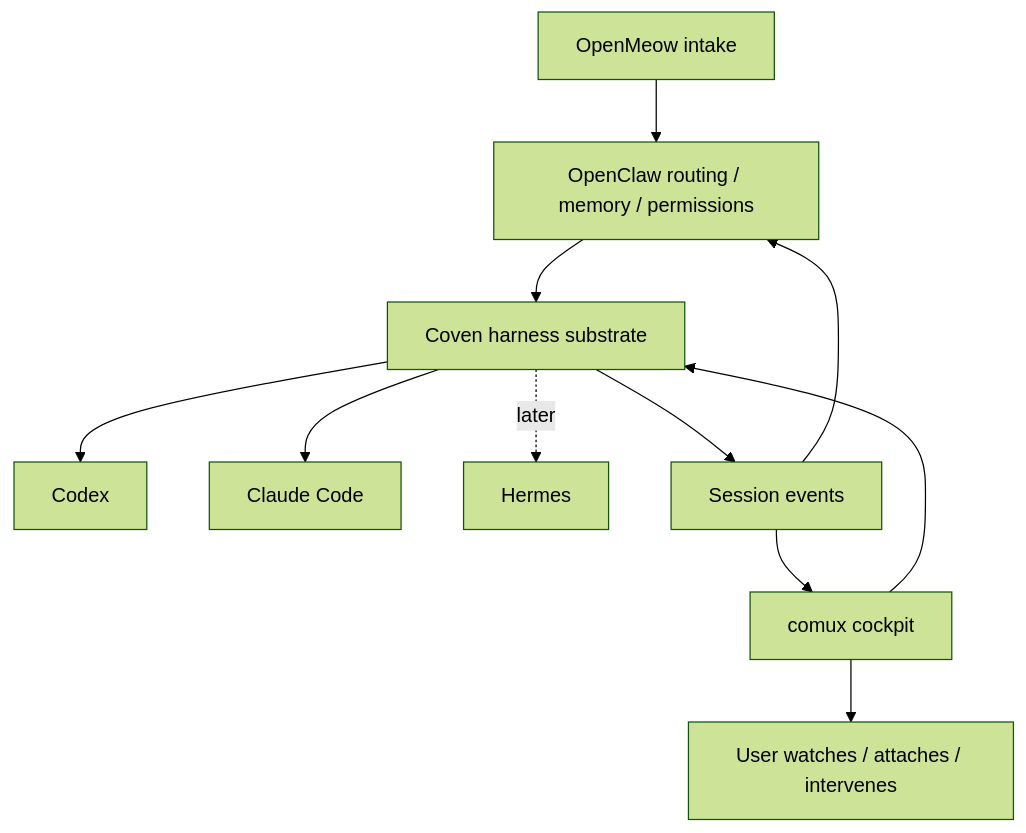
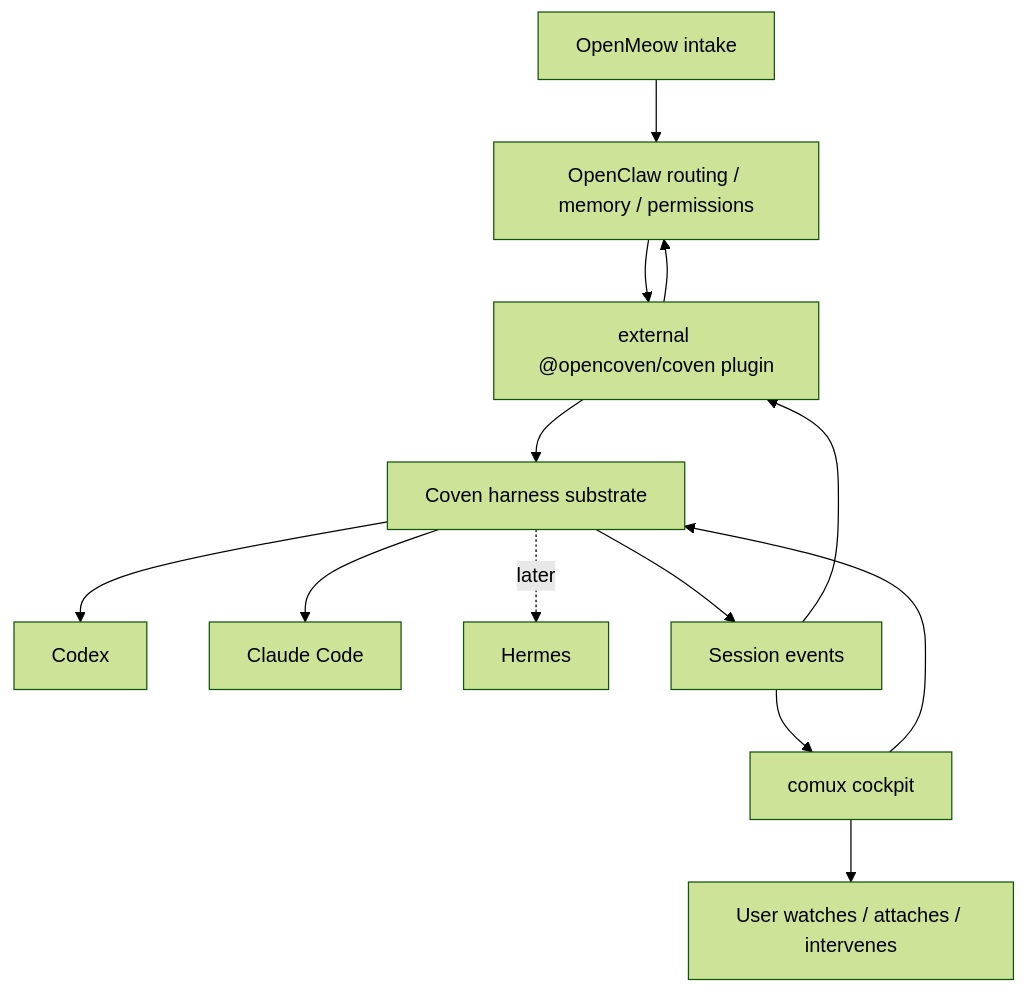
One commit to OpenCoven/coven changed the fifth of 6 diagrams in docs/MVP-PLAN.md. Above: the diagram before and after it, drawn with Mermaid (forest theme). The commit also changed other lines of this file and 6 other files, not shown here.

Commit message:
docs: clarify external plugin boundary

````diff
--- a/docs/MVP-PLAN.md
+++ b/docs/MVP-PLAN.md
@@ -401,13 +414,15 @@
 ```mermaid
 flowchart TD
   OpenMeow[OpenMeow intake] --> OpenClaw[OpenClaw routing / memory / permissions]
-  OpenClaw --> Coven[Coven harness substrate]
+  OpenClaw --> Plugin[external @opencoven/coven plugin]
+  Plugin --> Coven[Coven harness substrate]
   Comux[comux cockpit] --> Coven
   Coven --> Codex[Codex]
   Coven --> Claude[Claude Code]
   Coven -. later .-> Hermes[Hermes]
   Coven --> Events[Session events]
-  Events --> OpenClaw
+  Events --> Plugin
+  Plugin --> OpenClaw
   Events --> Comux
   Comux --> User[User watches / attaches / intervenes]
 ```
````
